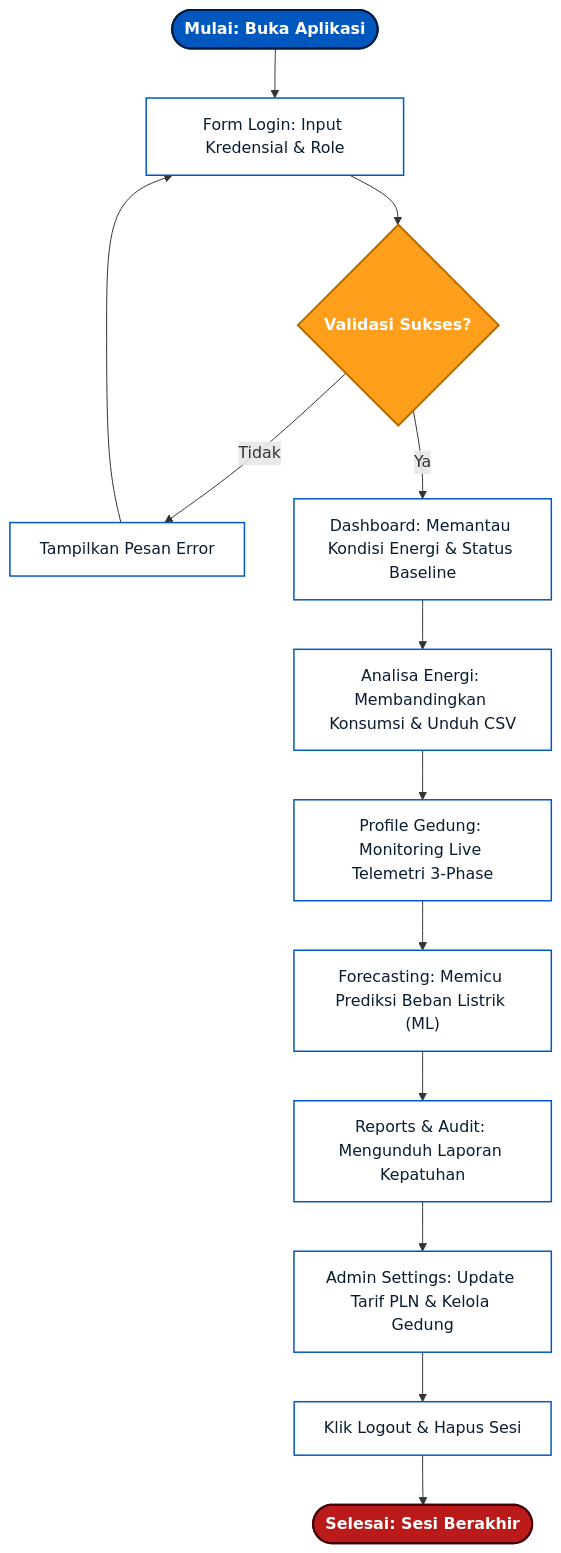
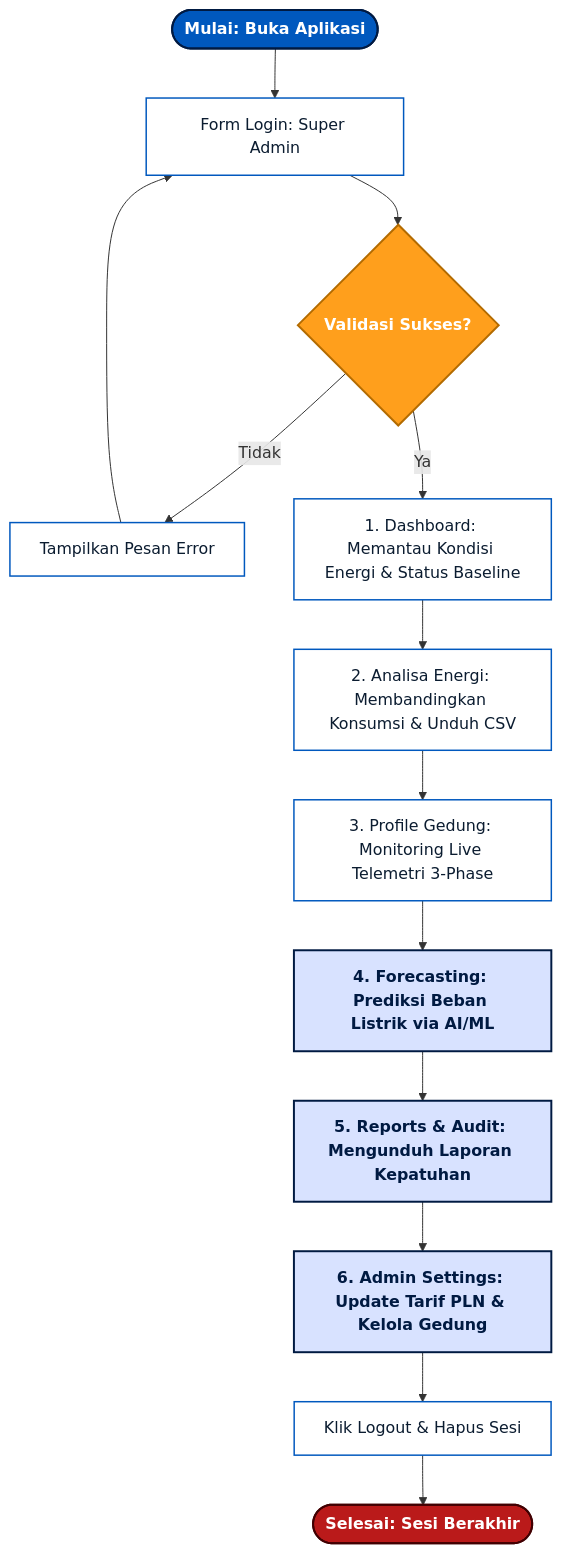
The first of 15 diagrams in userflow.md (Amandaa0208/EMS), drawn with Mermaid before and after one commit. The commit also changed other lines of this file and 1 other file, not shown here.

Commit message:
docs: update user flow documentation to include role-based access control details for Super Admin and Admin.

````diff
--- a/userflow.md
+++ b/userflow.md
@@ -11,39 +22,37 @@
 ```mermaid
 graph TD
-    %% Styling
     classDef startStyle fill:#0058be,stroke:#001a42,stroke-width:2px,color:#ffffff,font-weight:bold;
     classDef stepStyle fill:#ffffff,stroke:#0058be,stroke-width:1.5px,color:#0b1c30;
     classDef checkStyle fill:#ff9f1c,stroke:#b36b00,stroke-width:2px,color:#ffffff,font-weight:bold;
     classDef endStyle fill:#ba1a1a,stroke:#410002,stroke-width:2px,color:#ffffff,font-weight:bold;
-    
+    classDef superStyle fill:#d8e2ff,stroke:#001a42,stroke-width:2px,color:#001a42,font-weight:bold;
+
     StartNode(["Mulai: Buka Aplikasi"]):::startStyle
-    LoginForm["Form Login: Input Kredensial & Role"]:::stepStyle
+    LoginForm["Form Login: Super Admin"]:::stepStyle
     AuthCheck{"Validasi Sukses?"}:::checkStyle
     ShowError["Tampilkan Pesan Error"]:::stepStyle
-    
-    %% Alur Operasional Linear (Top-to-Bottom)
-    LoadDashboard["Dashboard: Memantau Kondisi Energi & Status Baseline"]:::stepStyle
-    GoToAnalisa["Analisa Energi: Membandingkan Konsumsi & Unduh CSV"]:::stepStyle
-    GoToProfile["Profile Gedung: Monitoring Live Telemetri 3-Phase"]:::stepStyle
-    GoToForecast["Forecasting: Memicu Prediksi Beban Listrik (ML)"]:::stepStyle
-    GoToReports["Reports & Audit: Mengunduh Laporan Kepatuhan"]:::stepStyle
-    GoToSettings["Admin Settings: Update Tarif PLN & Kelola Gedung"]:::stepStyle
-    
+
+    LoadDashboard["1. Dashboard: Memantau Kondisi Energi & Status Baseline"]:::stepStyle
+    GoToAnalisa["2. Analisa Energi: Membandingkan Konsumsi & Unduh CSV"]:::stepStyle
+    GoToProfile["3. Profile Gedung: Monitoring Live Telemetri 3-Phase"]:::stepStyle
+    GoToForecast["4. Forecasting: Prediksi Beban Listrik via AI/ML"]:::superStyle
+    GoToReports["5. Reports & Audit: Mengunduh Laporan Kepatuhan"]:::superStyle
+    GoToSettings["6. Admin Settings: Update Tarif PLN & Kelola Gedung"]:::superStyle
+
     Logout["Klik Logout & Hapus Sesi"]:::stepStyle
     EndNode(["Selesai: Sesi Berakhir"]):::endStyle
 
-    %% Hubungan Aliran
     StartNode --> LoginForm
     LoginForm --> AuthCheck
     AuthCheck -- Tidak --> ShowError
     ShowError --> LoginForm
-    
+
     AuthCheck -- Ya --> LoadDashboard
     LoadDashboard --> GoToAnalisa
     GoToAnalisa --> GoToProfile
     GoToProfile --> GoToForecast
     GoToForecast --> GoToReports
     GoToReports --> GoToSettings
     GoToSettings --> Logout
     Logout --> EndNode
 ```
````
